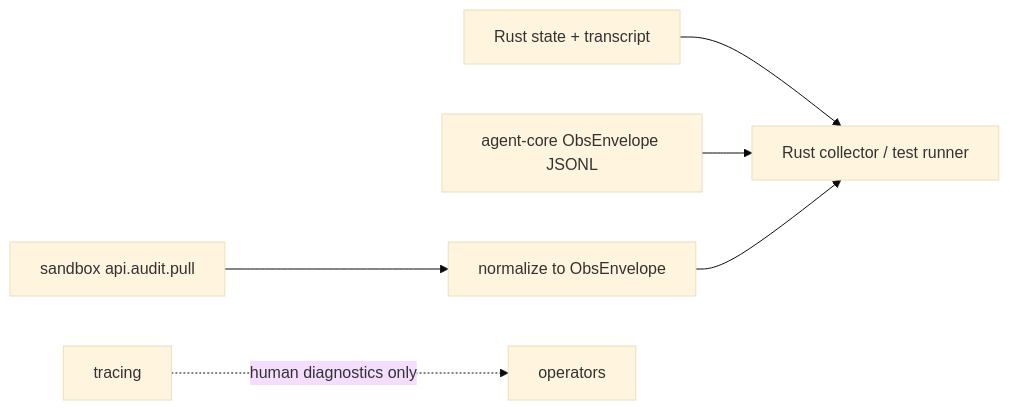
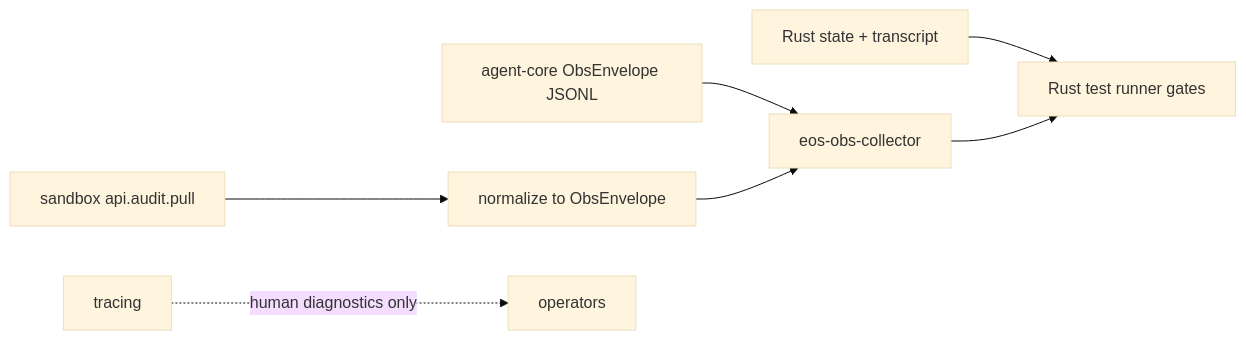
The second of 3 diagrams in docs/plans/audit_observability_test_consumption_PLAN.md (Ephemeral-AI-Lab/ephemeral-os), drawn with Mermaid (base theme) before and after one commit. The commit also changed other lines of this file and 63 other files, not shown here.

Commit message:
Add Rust audit observability gates

````diff
--- a/docs/plans/audit_observability_test_consumption_PLAN.md
+++ b/docs/plans/audit_observability_test_consumption_PLAN.md
@@ -89,8 +90,9 @@
 ```mermaid
 flowchart LR
-  State["Rust state + transcript"] --> Runner["Rust collector / test runner"]
-  AgentObs["agent-core ObsEnvelope JSONL"] --> Runner
+  State["Rust state + transcript"] --> Runner["Rust test runner gates"]
+  AgentObs["agent-core ObsEnvelope JSONL"] --> Collector["eos-obs-collector"]
   SandboxRing["sandbox api.audit.pull"] --> Normalize["normalize to ObsEnvelope"]
-  Normalize --> Runner
+  Normalize --> Collector
+  Collector --> Runner
   Trace["tracing"] -. "human diagnostics only" .-> Human["operators"]
 ```
````
